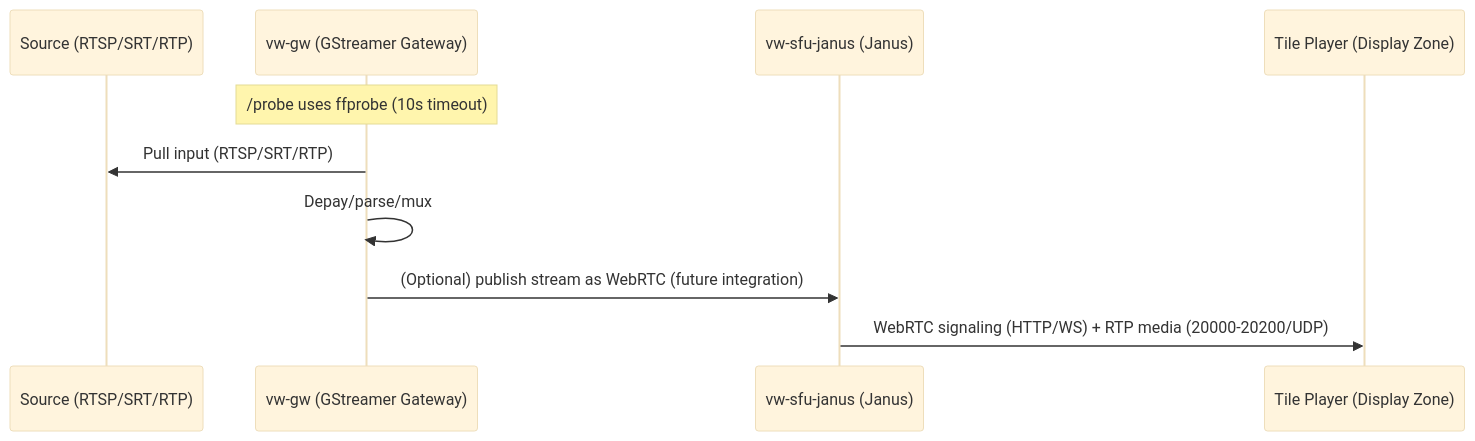
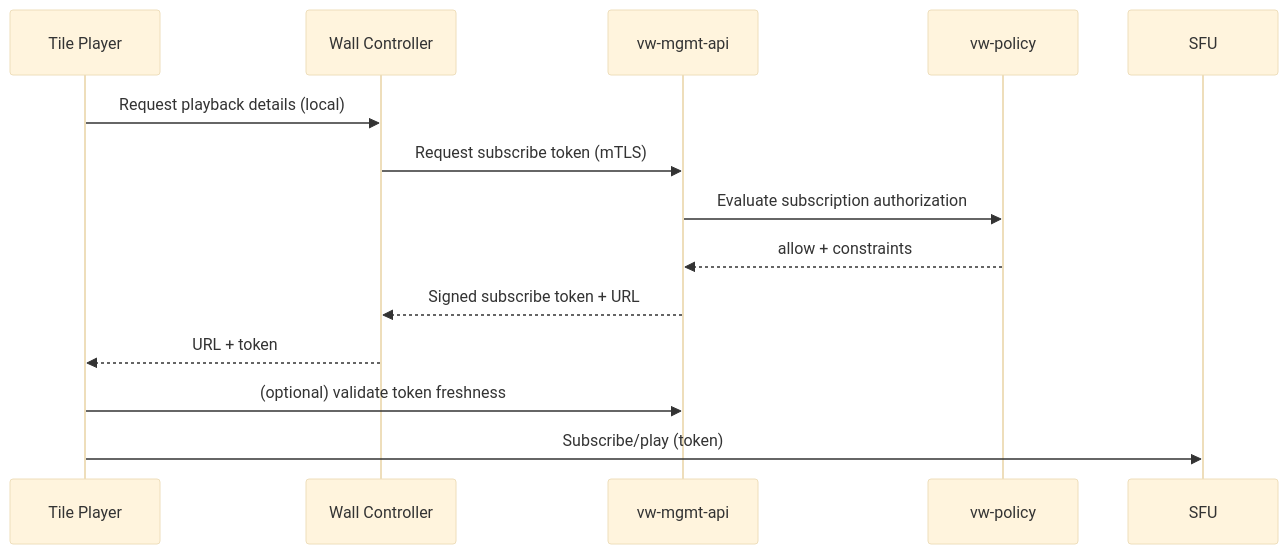
Before and after one commit to risi70/airgap-videowall: the third of 4 diagrams in docs/architecture.md, drawn with Mermaid (base theme). The commit also changed other lines of this file and 68 other files, not shown here.

````diff
--- a/docs/architecture.md
+++ b/docs/architecture.md
@@ -5,13 +90,15 @@
 ```mermaid
 sequenceDiagram
-    participant S as Source (RTSP/SRT/RTP)
-    participant GW as vw-gw (GStreamer Gateway)
-    participant SFU as vw-sfu-janus (Janus)
-    participant TP as Tile Player (Display Zone)
-
-    Note over GW: /probe uses ffprobe (10s timeout)
-    GW->>S: Pull input (RTSP/SRT/RTP)
-    GW->>GW: Depay/parse/mux
-    GW->>SFU: (Optional) publish stream as WebRTC (future integration)
-    SFU->>TP: WebRTC signaling (HTTP/WS) + RTP media (20000-20200/UDP)
+  participant TP as Tile Player
+  participant WC as Wall Controller
+  participant MG as vw-mgmt-api
+  participant PL as vw-policy
+  TP->>WC: Request playback details (local)
+  WC->>MG: Request subscribe token (mTLS)
+  MG->>PL: Evaluate subscription authorization
+  PL-->>MG: allow + constraints
+  MG-->>WC: Signed subscribe token + URL
+  WC-->>TP: URL + token
+  TP->>MG: (optional) validate token freshness
+  TP->>SFU: Subscribe/play (token)
 ```
````
